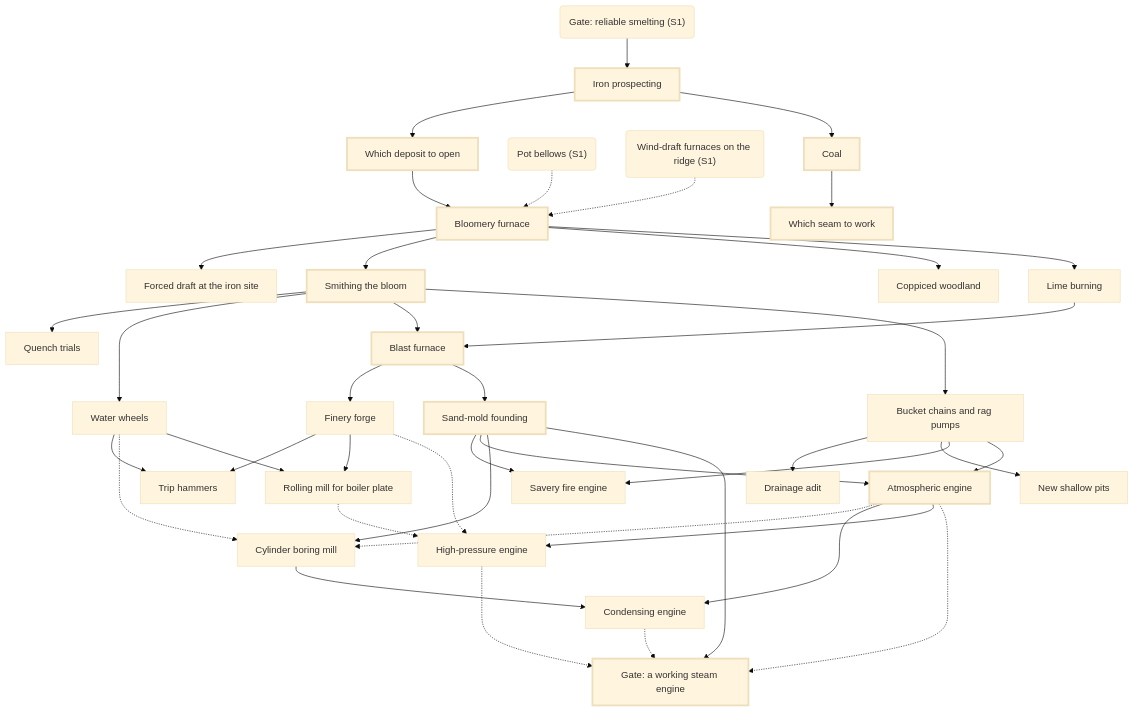
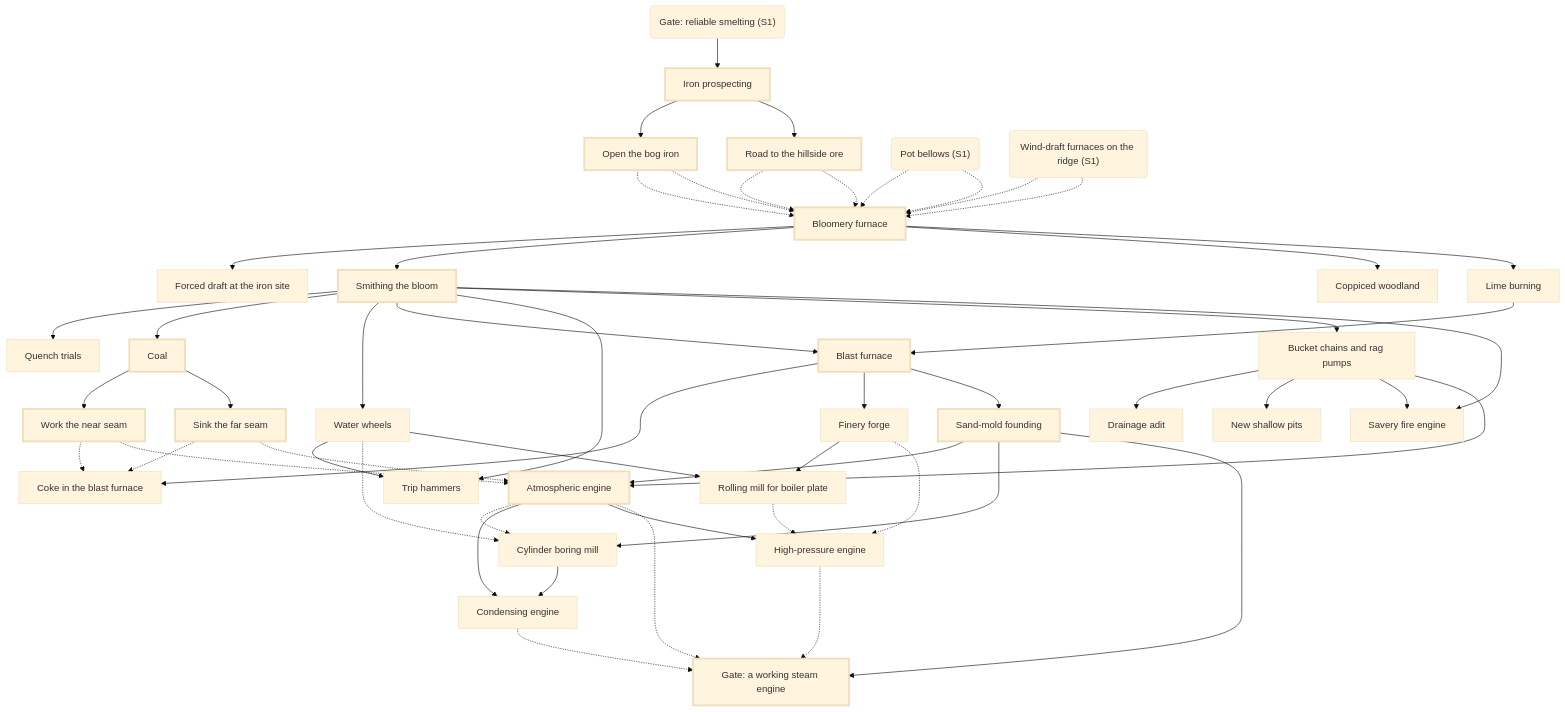
One commit to joethechickenguy/repo_for_claude changed the second of 6 diagrams in tech-tree/generated/dependencies.md. Above: the diagram before and after it, drawn with Mermaid (base theme). The commit also changed other lines of this file and 24 other files, not shown here.

````diff
--- a/tech-tree/generated/dependencies.md
+++ b/tech-tree/generated/dependencies.md
@@ -126,11 +129,18 @@
 flowchart TD
   iron_prospecting["Iron prospecting"]
   gate_reliable_smelting --> iron_prospecting
-  deposit_choice["Which deposit to open"]
-  iron_prospecting --> deposit_choice
+  bog_iron["Open the bog iron"]
+  iron_prospecting --> bog_iron
+  hillside_ore["Road to the hillside ore"]
+  iron_prospecting --> hillside_ore
   bloomery["Bloomery furnace"]
-  deposit_choice --> bloomery
+  bog_iron -.-> bloomery
   pot_bellows -.-> bloomery
+  bog_iron -.-> bloomery
+  wind_furnaces -.-> bloomery
+  hillside_ore -.-> bloomery
+  pot_bellows -.-> bloomery
+  hillside_ore -.-> bloomery
   wind_furnaces -.-> bloomery
   forced_draft_for_iron["Forced draft at the iron site"]
   bloomery --> forced_draft_for_iron
@@ -141,9 +151,11 @@
   coppicing["Coppiced woodland"]
   bloomery --> coppicing
   coal_mining["Coal"]
-  iron_prospecting --> coal_mining
-  coal_seam_choice["Which seam to work"]
-  coal_mining --> coal_seam_choice
+  bloom_smithing --> coal_mining
+  near_seam["Work the near seam"]
+  coal_mining --> near_seam
+  far_seam["Sink the far seam"]
+  coal_mining --> far_seam
   lime_burning["Lime burning"]
   bloomery --> lime_burning
   water_wheels["Water wheels"]
@@ -151,13 +163,17 @@
   blast_furnace["Blast furnace"]
   bloom_smithing --> blast_furnace
   lime_burning --> blast_furnace
+  coke_blast["Coke in the blast furnace"]
+  blast_furnace --> coke_blast
+  near_seam -.-> coke_blast
+  far_seam -.-> coke_blast
   finery_forge["Finery forge"]
   blast_furnace --> finery_forge
   sand_casting["Sand-mold founding"]
   blast_furnace --> sand_casting
   trip_hammer["Trip hammers"]
   water_wheels --> trip_hammer
-  finery_forge --> trip_hammer
+  bloom_smithing --> trip_hammer
   mine_drainage_manual["Bucket chains and rag pumps"]
   bloom_smithing --> mine_drainage_manual
   drainage_adit["Drainage adit"]
@@ -166,10 +182,12 @@
   mine_drainage_manual --> shallow_pits
   savery_pump["Savery fire engine"]
   mine_drainage_manual --> savery_pump
-  sand_casting --> savery_pump
+  bloom_smithing --> savery_pump
   newcomen_engine["Atmospheric engine"]
   sand_casting --> newcomen_engine
   mine_drainage_manual --> newcomen_engine
+  near_seam -.-> newcomen_engine
+  far_seam -.-> newcomen_engine
   boring_mill["Cylinder boring mill"]
   sand_casting --> boring_mill
   water_wheels -.-> boring_mill
@@ -193,5 +211,5 @@
   pot_bellows("Pot bellows (S1)")
   wind_furnaces("Wind-draft furnaces on the ridge (S1)")
   classDef crit stroke-width:3px
-  class iron_prospecting,deposit_choice,bloomery,bloom_smithing,coal_mining,coal_seam_choice,blast_furnace,sand_casting,newcomen_engine,gate_steam crit
+  class iron_prospecting,bog_iron,hillside_ore,bloomery,bloom_smithing,coal_mining,near_seam,far_seam,blast_furnace,sand_casting,newcomen_engine,gate_steam crit
 ```
````
